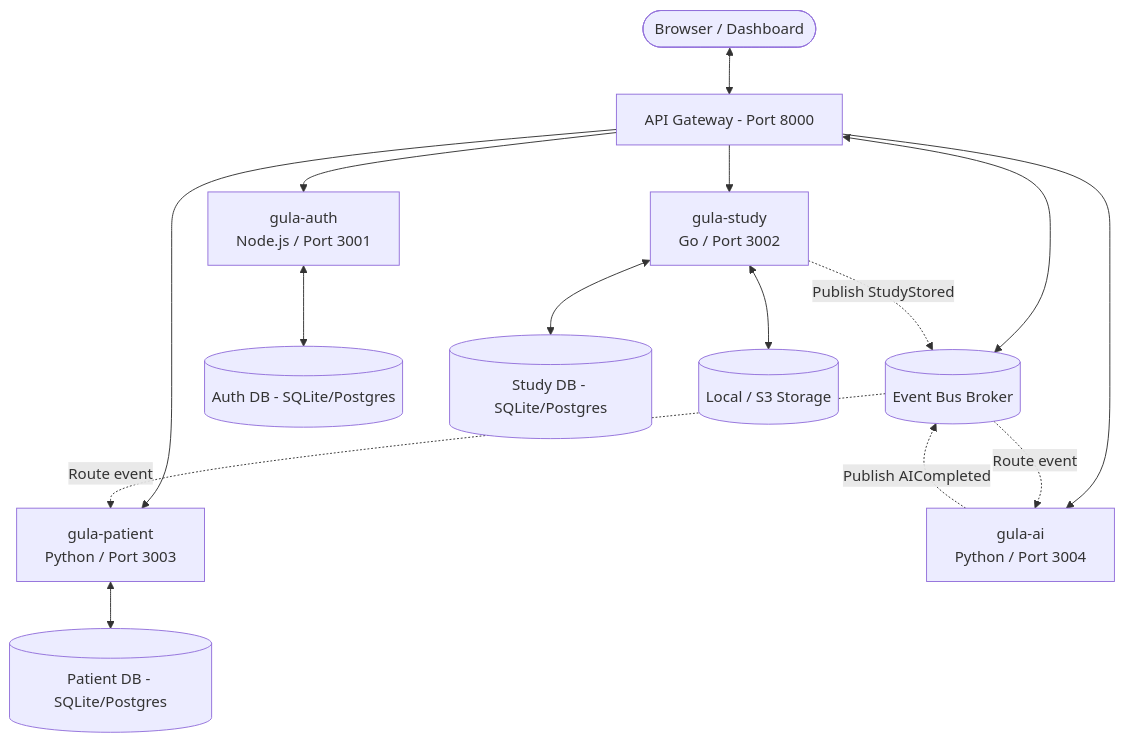
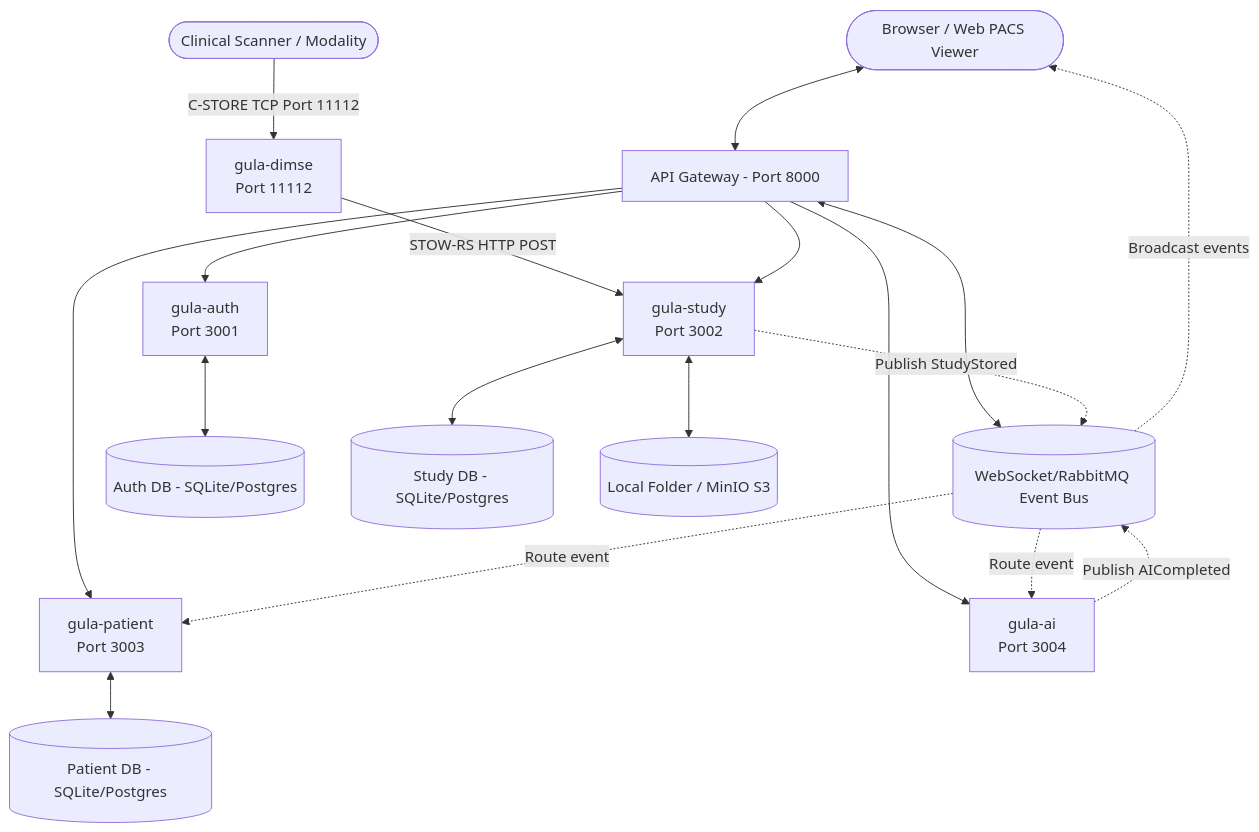
One commit to jdbruh18/GULA changed the diagram in README.md. Above: the diagram before and after it, drawn with Mermaid. The commit also changed other lines of this file, not shown here.

Commit message:
Update README.md with clinical architecture, C-STORE, diagnostic viewer, and reporting guidelines

````diff
--- a/README.md
+++ b/README.md
@@ -34,25 +34,30 @@
 ```mermaid
 graph TD
-    User([Browser / Dashboard]) <--> Gateway[API Gateway - Port 8000]
-    Gateway <--> EventBus[(Event Bus Broker)]
+    User([Browser / Web PACS Viewer]) <--> Gateway[API Gateway - Port 8000]
+    Gateway <--> EventBus[(WebSocket/RabbitMQ Event Bus)]
+    
+    %% DICOM Scanners / Modalities
+    Scanner([Clinical Scanner / Modality]) -->|C-STORE TCP Port 11112| GulaDimse[gula-dimse <br> Port 11112]
+    GulaDimse -->|STOW-RS HTTP POST| GulaStudy[gula-study <br> Port 3002]
     
     %% Microservices
-    Gateway --> GulaAuth[gula-auth <br> Node.js / Port 3001]
-    Gateway --> GulaStudy[gula-study <br> Go / Port 3002]
-    Gateway --> GulaPatient[gula-patient <br> Python / Port 3003]
-    Gateway --> GulaAI[gula-ai <br> Python / Port 3004]
+    Gateway --> GulaAuth[gula-auth <br> Port 3001]
+    Gateway --> GulaStudy
+    Gateway --> GulaPatient[gula-patient <br> Port 3003]
+    Gateway --> GulaAI[gula-ai <br> Port 3004]
     
     %% Databases
     GulaAuth <--> AuthDB[(Auth DB - SQLite/Postgres)]
     GulaStudy <--> StudyDB[(Study DB - SQLite/Postgres)]
     GulaPatient <--> PatientDB[(Patient DB - SQLite/Postgres)]
     
     %% Storage
-    GulaStudy <--> LocalStorage[(Local / S3 Storage)]
+    GulaStudy <--> LocalStorage[(Local Folder / MinIO S3)]
     
     %% Event loop triggers
     GulaStudy -.->|Publish StudyStored| EventBus
     EventBus -.->|Route event| GulaAI
     GulaAI -.->|Publish AICompleted| EventBus
     EventBus -.->|Route event| GulaPatient
+    EventBus -.->|Broadcast events| User
 ```
````
